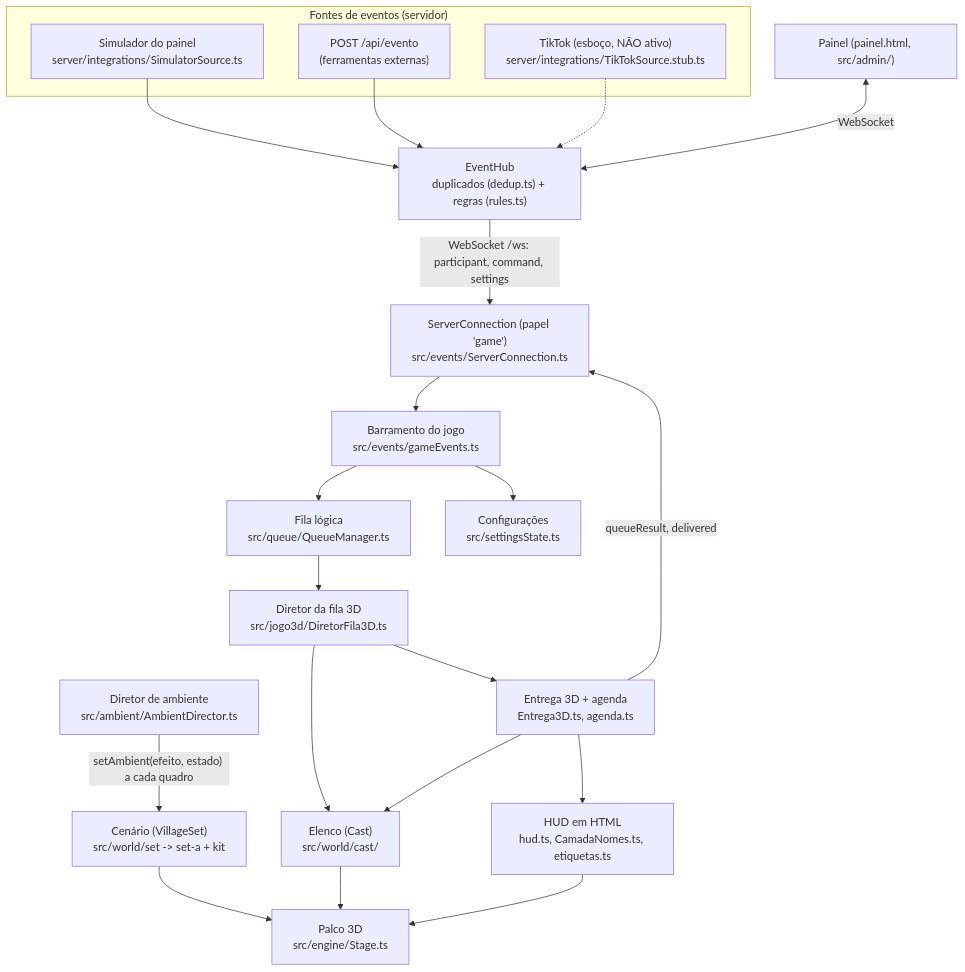
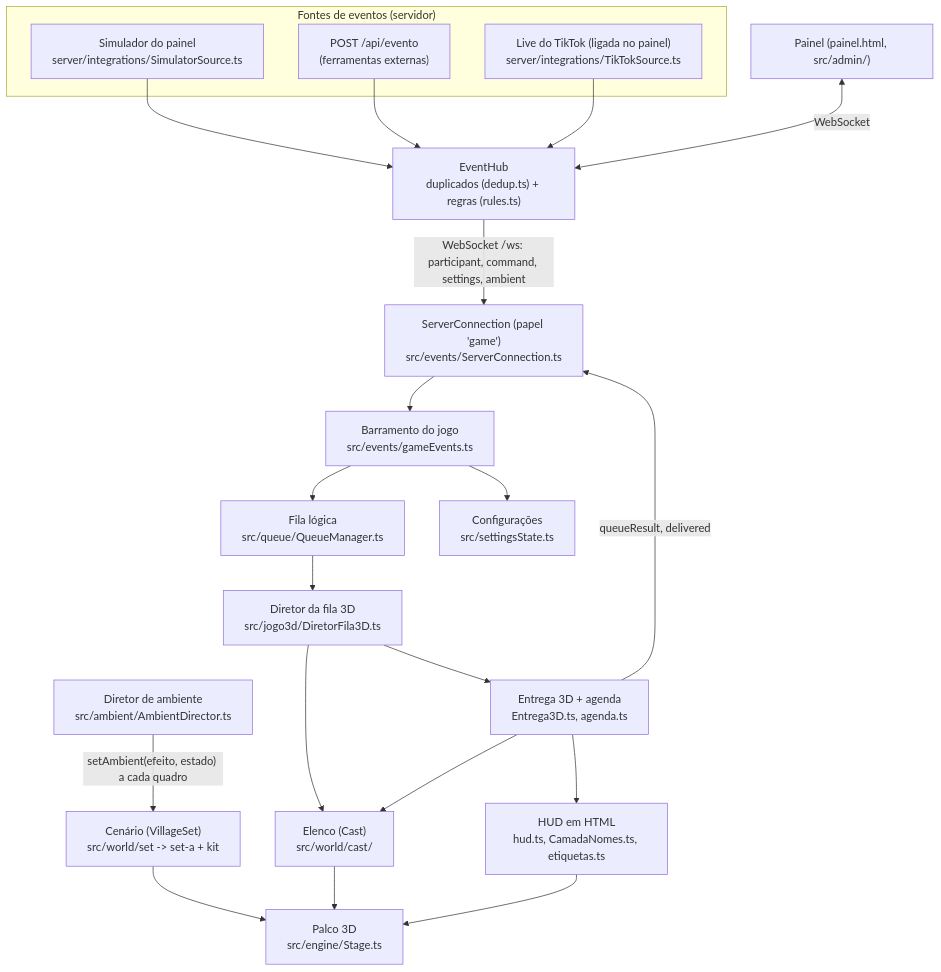
One commit to joaovitormoura666-beep/vila-do-noel-3d changed the diagram in docs/3D/ARQUITETURA.md. Above: the diagram before and after it, drawn with Mermaid. The commit also changed other lines of this file and 39 other files, not shown here.

First line of the commit message:
Andamento: leitura da live do TikTok, painel com efeitos e jogo 3D como tela principal (em construção)

````diff
--- a/docs/3D/ARQUITETURA.md
+++ b/docs/3D/ARQUITETURA.md
@@ -10,26 +10,26 @@
 ```mermaid
 flowchart TD
   subgraph Fontes["Fontes de eventos (servidor)"]
     SIM["Simulador do painel<br/>server/integrations/SimulatorSource.ts"]
     API["POST /api/evento<br/>(ferramentas externas)"]
-    TT["TikTok (esboço, NÃO ativo)<br/>server/integrations/TikTokSource.stub.ts"]
+    TT["Live do TikTok (ligada no painel)<br/>server/integrations/TikTokSource.ts"]
   end
   SIM --> HUB
   API --> HUB
-  TT -.-> HUB
-  HUB["EventHub<br/>duplicados (dedup.ts) + regras (rules.ts)"] -- "WebSocket /ws: participant, command, settings" --> CONN
+  TT --> HUB
+  HUB["EventHub<br/>duplicados (dedup.ts) + regras (rules.ts)"] -- "WebSocket /ws: participant, command, settings, ambient" --> CONN
   PAINEL["Painel (painel.html, src/admin/)"] <-- "WebSocket" --> HUB
   CONN["ServerConnection (papel 'game')<br/>src/events/ServerConnection.ts"] --> BUS["Barramento do jogo<br/>src/events/gameEvents.ts"]
   BUS --> FILA["Fila lógica<br/>src/queue/QueueManager.ts"]
   BUS --> CFG["Configurações<br/>src/settingsState.ts"]
   FILA --> DIR3D["Diretor da fila 3D<br/>src/jogo3d/DiretorFila3D.ts"]
   DIR3D --> ENT["Entrega 3D + agenda<br/>Entrega3D.ts, agenda.ts"]
   AMB["Diretor de ambiente<br/>src/ambient/AmbientDirector.ts"] -- "setAmbient(efeito, estado) a cada quadro" --> SET
   DIR3D --> CAST
   ENT --> CAST["Elenco (Cast)<br/>src/world/cast/"]
   ENT --> HUD["HUD em HTML<br/>hud.ts, CamadaNomes.ts, etiquetas.ts"]
   SET["Cenário (VillageSet)<br/>src/world/set -> set-a + kit"] --> STAGE
   CAST --> STAGE["Palco 3D<br/>src/engine/Stage.ts"]
   HUD --> STAGE
   ENT -- "queueResult, delivered" --> CONN
 ```
````
